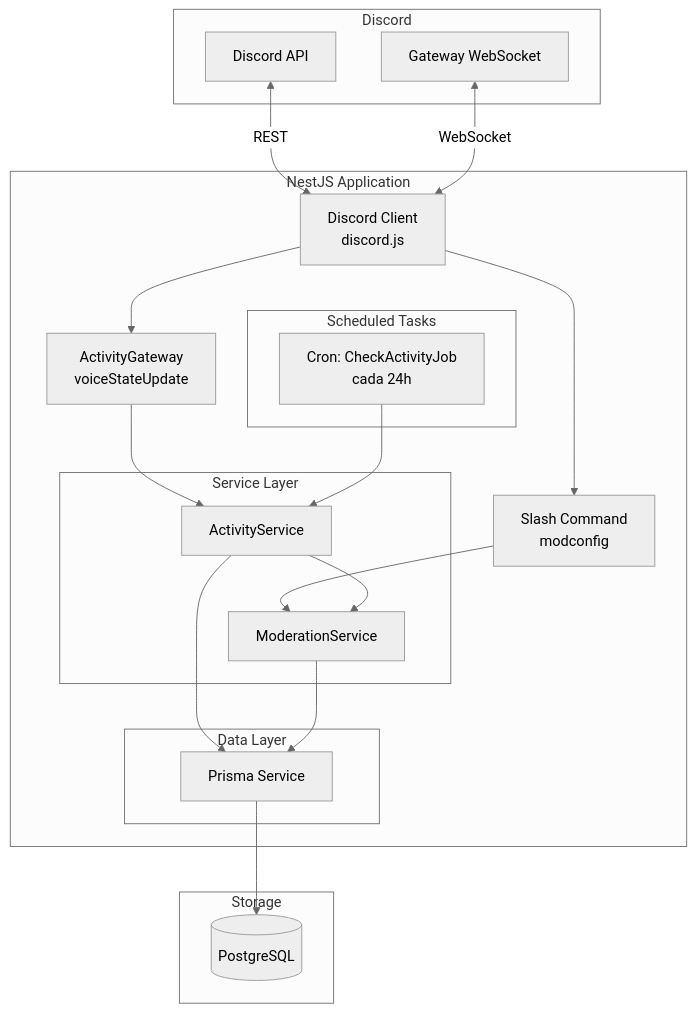
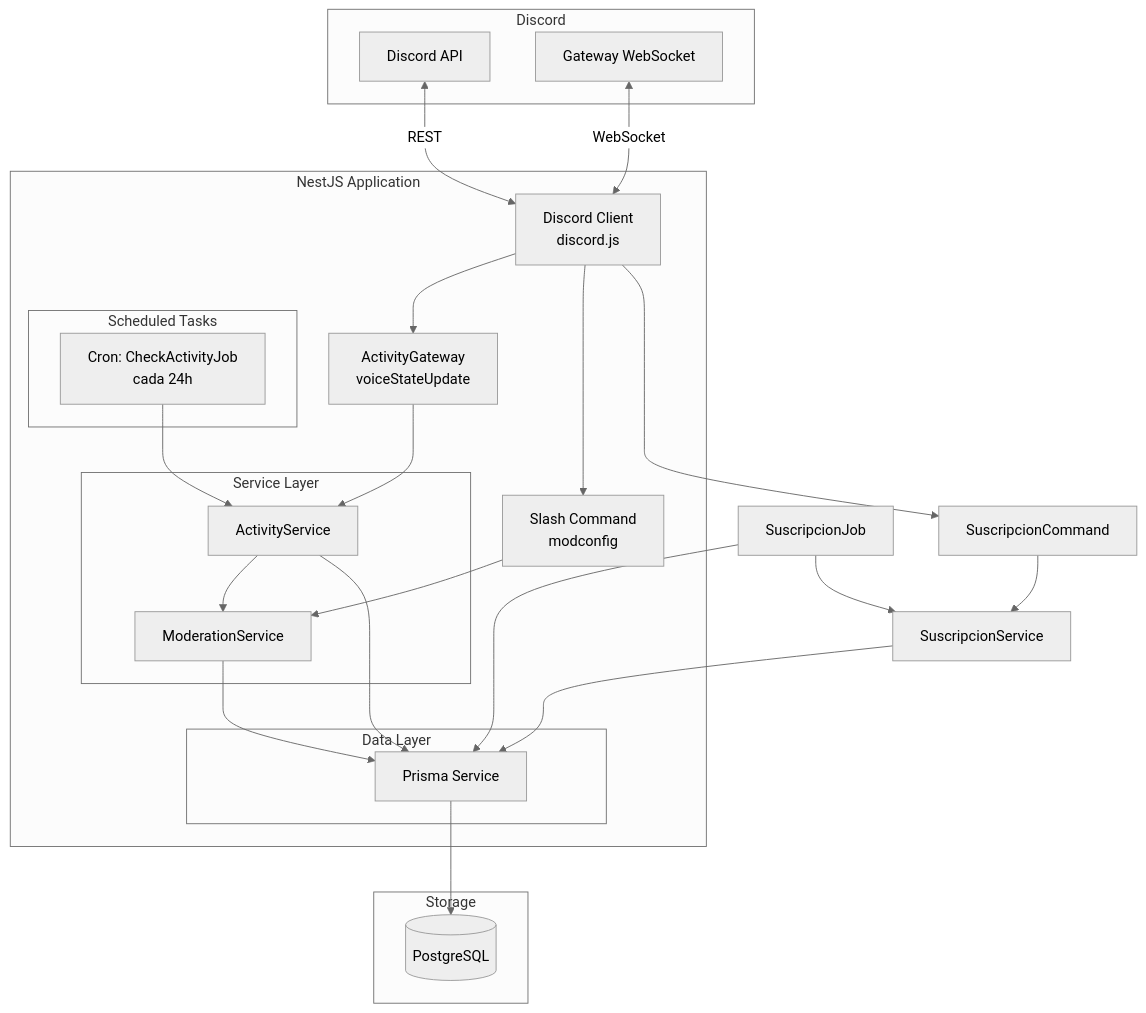
One commit to Rest02/bot_discord changed the first of 2 diagrams in Matias_Rodriguez/00-analisis-estructura/Arquitectura Bot Discord.md. Above: the diagram before and after it, drawn with Mermaid (neutral theme). The commit also changed other lines of this file and 14 other files, not shown here.

````diff
--- a/Matias_Rodriguez/00-analisis-estructura/Arquitectura Bot Discord.md
+++ b/Matias_Rodriguez/00-analisis-estructura/Arquitectura Bot Discord.md
@@ -60,42 +60,47 @@
 ```mermaid
 graph TB
     subgraph Discord
         API[Discord API]
         GW[Gateway WebSocket]
     end
 
     subgraph Bot[NestJS Application]
         Client[Discord Client<br/>discord.js]
         AG[ActivityGateway<br/>voiceStateUpdate]
         CMD[Slash Command<br/>modconfig]
         
         subgraph Services[Service Layer]
             AS[ActivityService]
             MS[ModerationService]
         end
 
         subgraph Jobs[Scheduled Tasks]
             CRON[Cron: CheckActivityJob<br/>cada 24h]
         end
 
         subgraph DB[Data Layer]
             PR[Prisma Service]
         end
     end
 
     subgraph Storage
         PG[(PostgreSQL)]
     end
 
     API <-->|REST| Client
     GW <-->|WebSocket| Client
     Client --> AG
     Client --> CMD
+    Client --> SC[SuscripcionCommand]
+    SC --> SS[SuscripcionService]
+    SJ[SuscripcionJob] --> SS
     AG --> AS
     CMD --> MS
     AS --> MS
     CRON --> AS
     AS --> PR
     MS --> PR
+    SS --> PR
+    SJ --> PR
     PR --> PG
 ```
````
